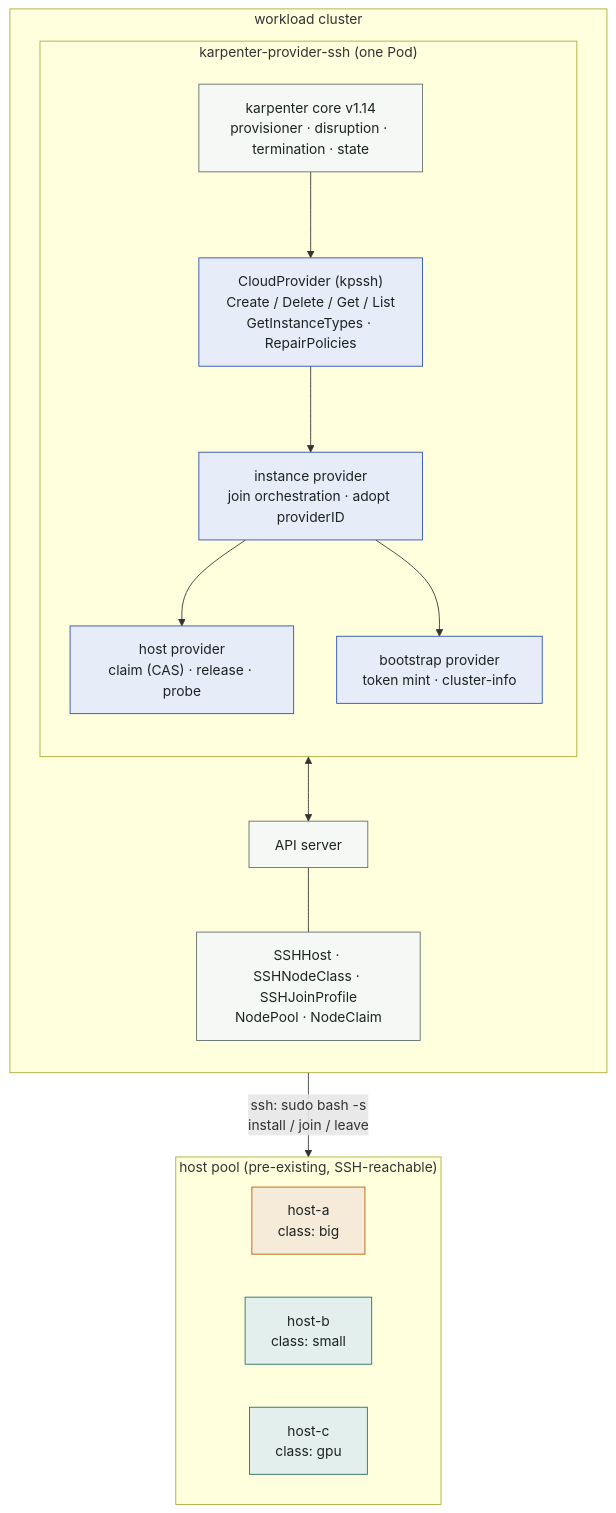
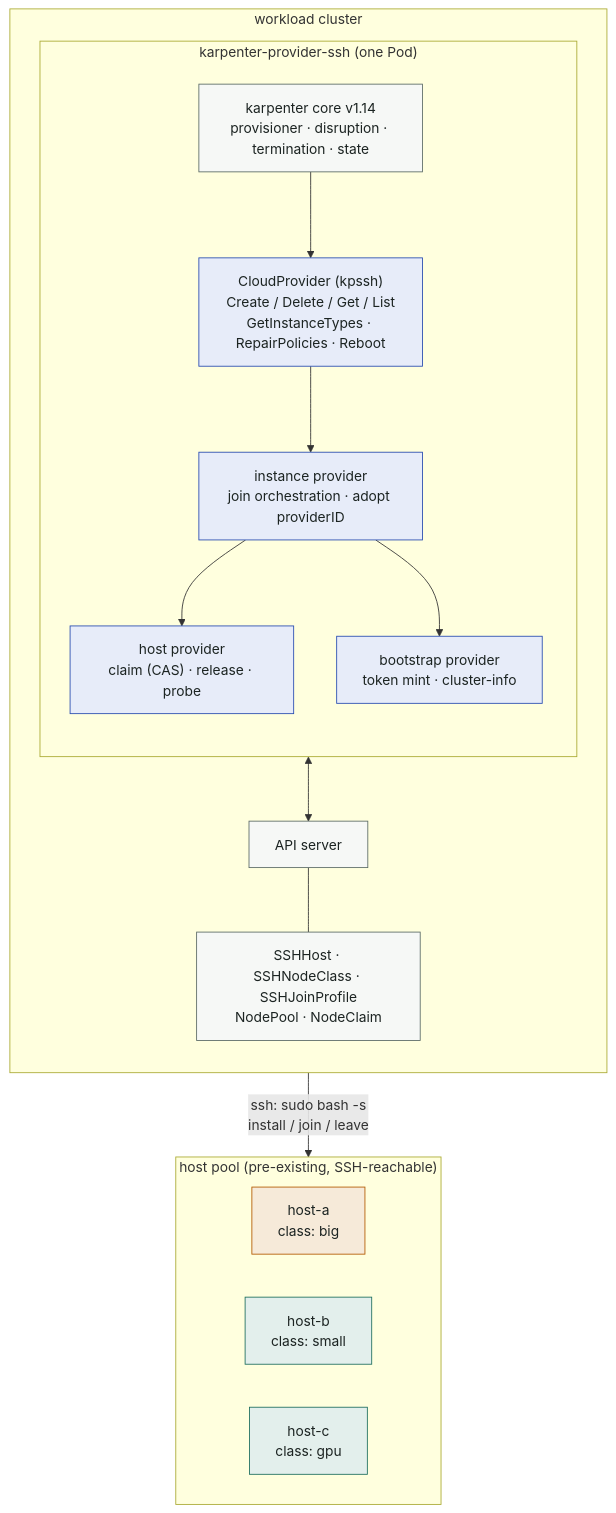
The first of 6 diagrams in docs/architecture.md (dklesev/karpenter-provider-ssh), drawn with Mermaid before and after one commit. The commit also changed other lines of this file and 34 other files, not shown here.

````diff
--- a/docs/architecture.md
+++ b/docs/architecture.md
@@ -11,31 +11,31 @@
 ```mermaid
 flowchart TB
     subgraph cluster["workload cluster"]
         direction TB
         subgraph controller["karpenter-provider-ssh (one Pod)"]
             direction TB
             core["karpenter core v1.14<br>provisioner · disruption · termination · state"]:::dim
-            cp["CloudProvider (kpssh)<br>Create / Delete / Get / List<br>GetInstanceTypes · RepairPolicies"]:::prov
+            cp["CloudProvider (kpssh)<br>Create / Delete / Get / List<br>GetInstanceTypes · RepairPolicies · Reboot"]:::prov
             hp["host provider<br>claim (CAS) · release · probe"]:::prov
             bp["bootstrap provider<br>token mint · cluster-info"]:::prov
             ip["instance provider<br>join orchestration · adopt providerID"]:::prov
             core --> cp --> ip
             ip --> hp
             ip --> bp
         end
         api["API server"]:::dim
         crds["SSHHost · SSHNodeClass · SSHJoinProfile<br>NodePool · NodeClaim"]:::dim
         controller <--> api
         api --- crds
     end
     subgraph pool["host pool (pre-existing, SSH-reachable)"]
         h1["host-a<br>class: big"]:::pay
         h2["host-b<br>class: small"]:::pool
         h3["host-c<br>class: gpu"]:::pool
     end
     ip -->|"ssh: sudo bash -s<br>install / join / leave"| pool
     classDef pool fill:#e3efec,stroke:#1d6e5e,color:#1c2422
     classDef pay fill:#f6ead9,stroke:#b35a00,color:#1c2422
     classDef prov fill:#e7ecf9,stroke:#274bb0,color:#1c2422
     classDef dim fill:#f6f8f6,stroke:#5c6b66,color:#1c2422
 ```
````
